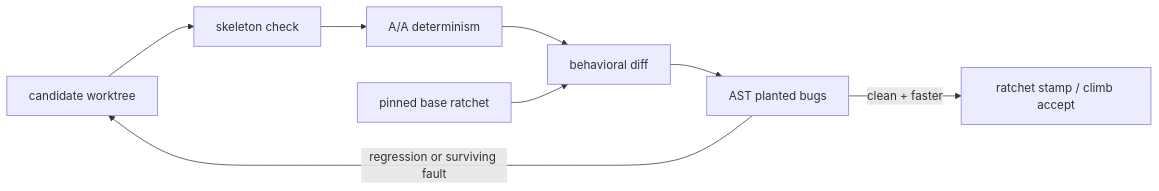
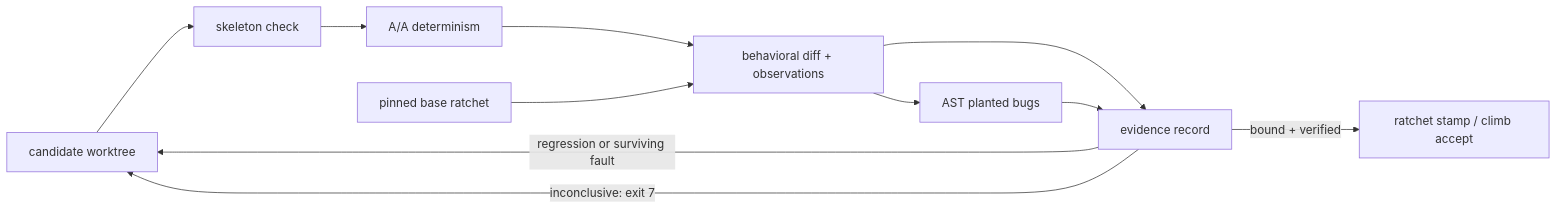
The diagram in README.md (andrejksi/emiv2), drawn with Mermaid before and after one commit. The commit also changed other lines of this file and 8 other files, not shown here.

Commit message:
tighten green verdicts: evidence binding, inconclusive exit 7, observable effects, expect rules

````diff
--- a/README.md
+++ b/README.md
@@ -19,10 +20,13 @@
 ```mermaid
 flowchart LR
     A[candidate worktree] --> S[skeleton check]
     S --> AA[A/A determinism]
-    AA --> D[behavioral diff]
+    AA --> D[behavioral diff + observations]
     R[pinned base ratchet] --> D
+    D --> E[evidence record]
     D --> V[AST planted bugs]
-    V -->|regression or surviving fault| A
-    V -->|clean + faster| M[ratchet stamp / climb accept]
+    V --> E
+    E -->|regression or surviving fault| A
+    E -->|inconclusive: exit 7| A
+    E -->|bound + verified| M[ratchet stamp / climb accept]
 ```
````
